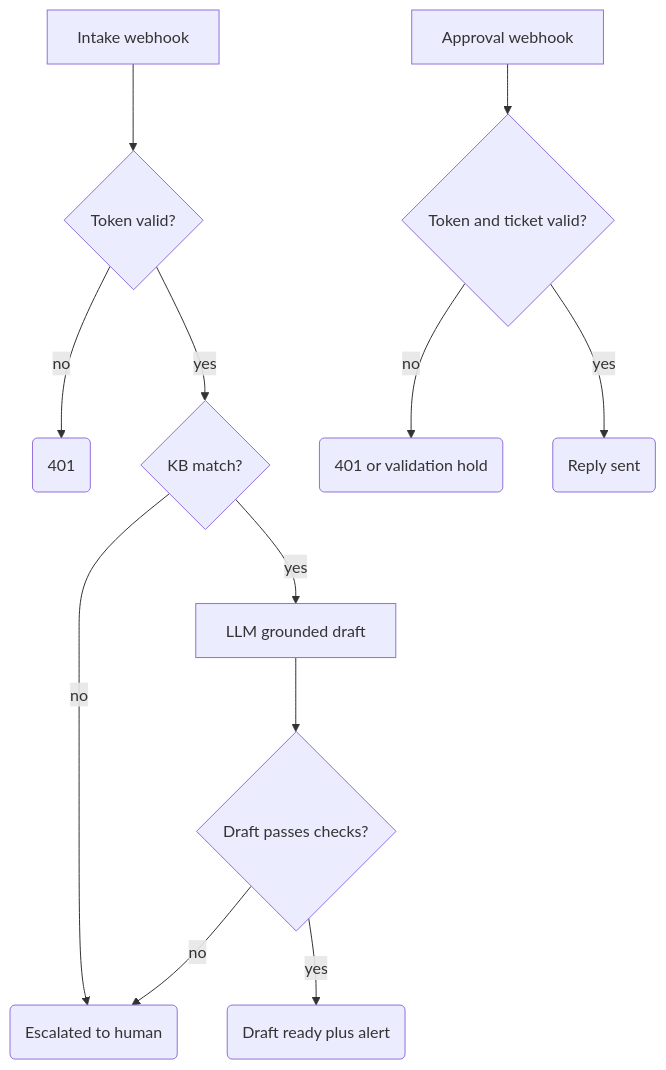
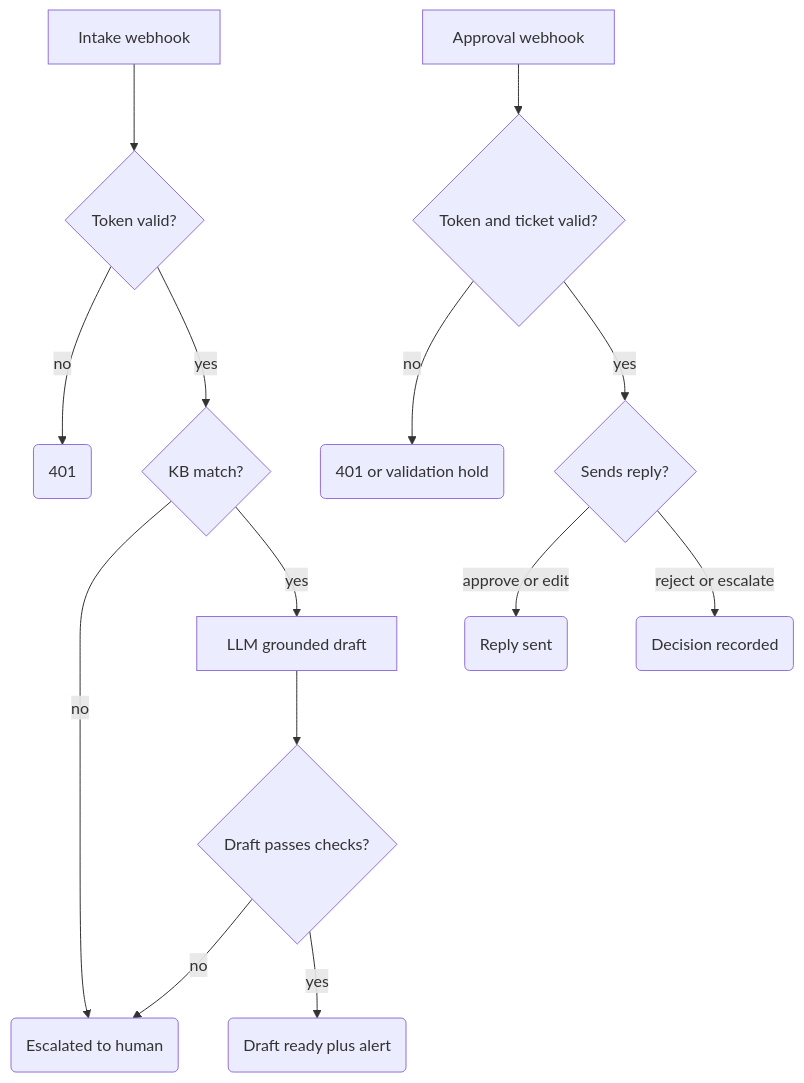
Before and after one commit to kuliberdalabs/n8n-sme-workflows: the diagram in workflows/04-support-triage/README.md, drawn with Mermaid. The commit also changed other lines of this file and 3 other files, not shown here.

````diff
--- a/workflows/04-support-triage/README.md
+++ b/workflows/04-support-triage/README.md
@@ -15,14 +15,16 @@
 ```mermaid
 flowchart TD
   IW[Intake webhook] --> T1{Token valid?}
   T1 -- no --> R401(401)
   T1 -- yes --> KB{KB match?}
   KB -- no --> ESC(Escalated to human)
   KB -- yes --> AI[LLM grounded draft]
   AI --> V{Draft passes checks?}
   V -- no --> ESC
   V -- yes --> DR(Draft ready plus alert)
   AW[Approval webhook] --> T2{Token and ticket valid?}
   T2 -- no --> HOLD(401 or validation hold)
-  T2 -- yes --> SEND(Reply sent)
+  T2 -- yes --> ACT{Sends reply?}
+  ACT -- approve or edit --> SEND(Reply sent)
+  ACT -- reject or escalate --> DEC(Decision recorded)
 ```
````
